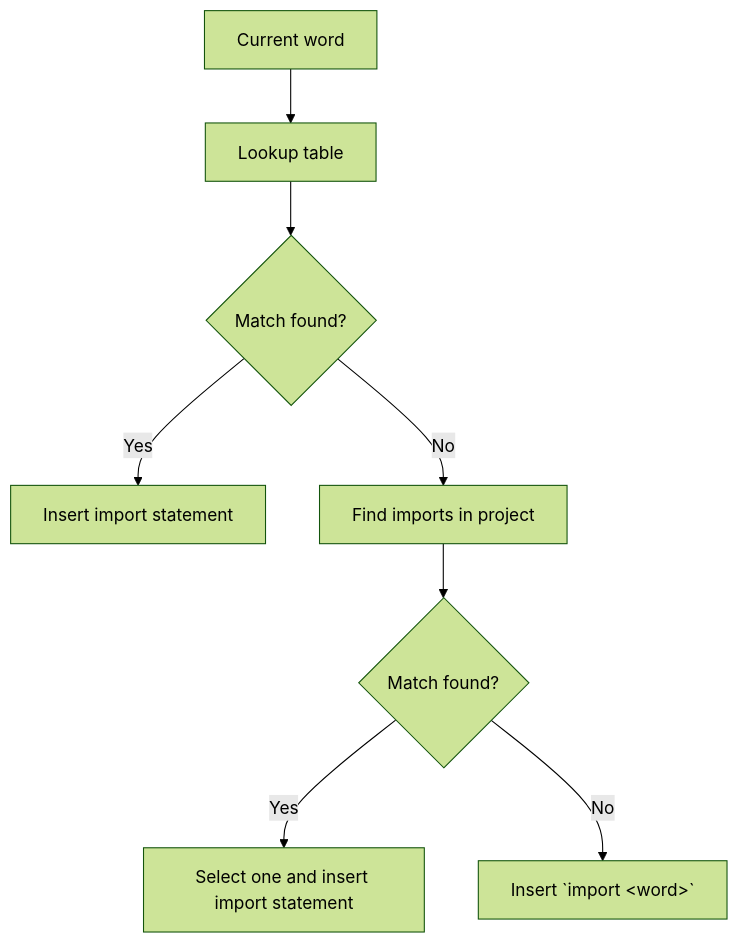
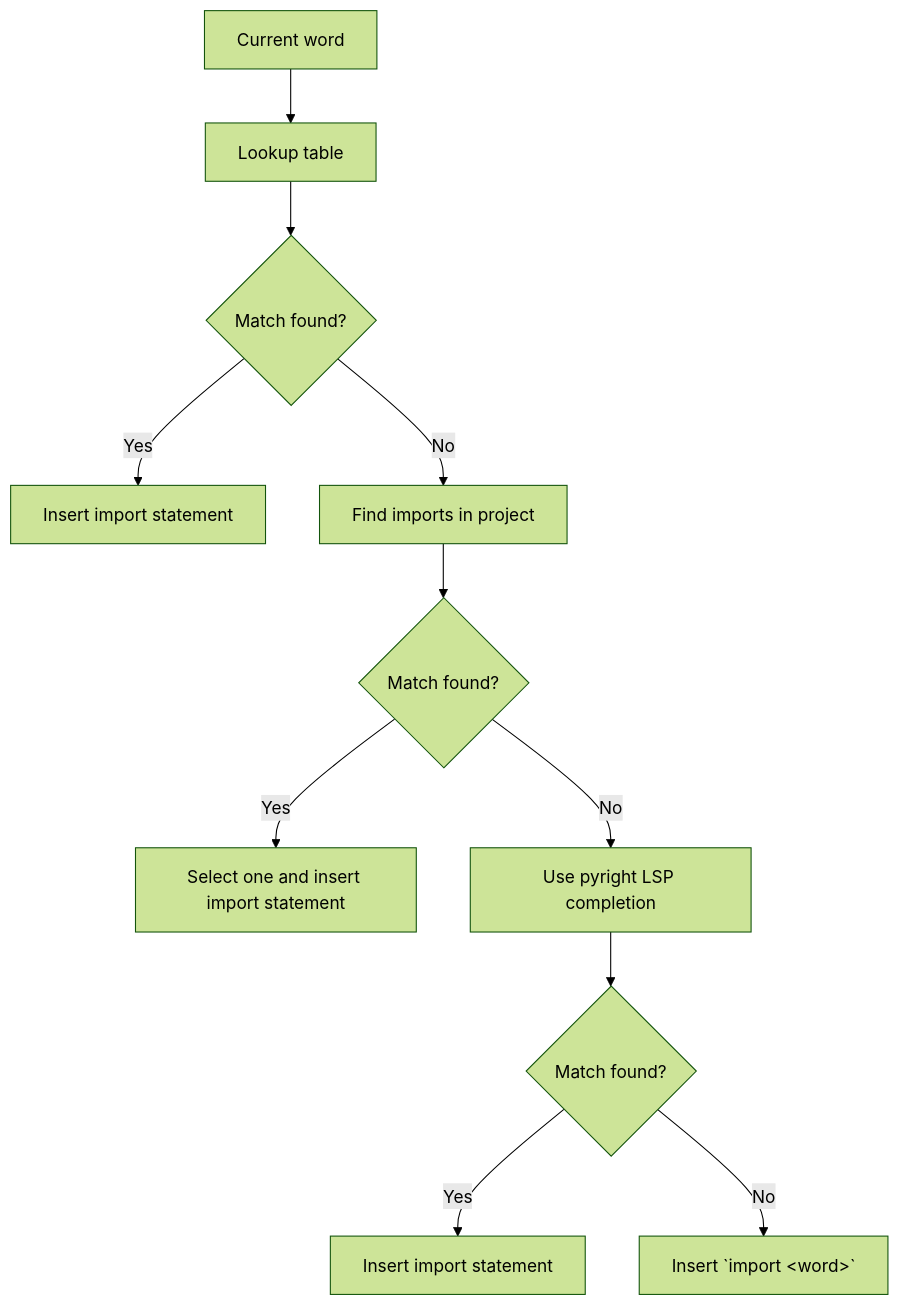
One commit to kiyoon/python-import.nvim changed the diagram in README.md. Above: the diagram before and after it, drawn with Mermaid (forest theme). The commit also changed other lines of this file and 4 other files, not shown here.

````diff
--- a/README.md
+++ b/README.md
@@ -10,10 +15,13 @@
 ```mermaid
 graph TD
     A[Current word] --> B[Lookup table]
     B --> C{Match found?}
     C -->|Yes| D[Insert import statement]
     C -->|No| E[Find imports in project]
     E --> F{Match found?}
     F -->|Yes| G[Select one and insert import statement]
-    F -->|No| H["Insert `import &lt;word&gt;`"]
+    F -->|No| H[Use pyright LSP completion]
+    H --> I{Match found?}
+    I -->|Yes| J[Insert import statement]
+    I -->|No| K["Insert `import &lt;word&gt;`"]
 ```
````
